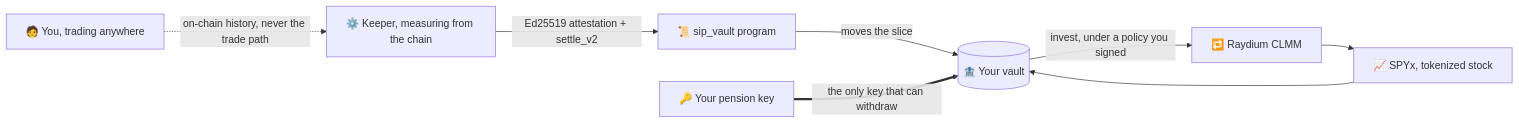
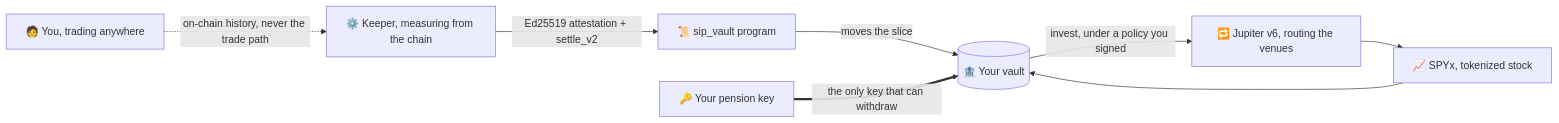
One commit to Myttyyytytyyttt/SIP changed the diagram in README.md. Above: the diagram before and after it, drawn with Mermaid. The commit also changed other lines of this file and 1 other file, not shown here.

````diff
--- a/README.md
+++ b/README.md
@@ -65,18 +66,18 @@
 ```mermaid
 flowchart LR
     T["🧑 You, trading anywhere"]
     K["⚙️ Keeper, measuring from the chain"]
     P["📜 sip_vault program"]
     V[("🏦 Your vault")]
-    R["🔁 Raydium CLMM"]
+    R["🔁 Jupiter v6, routing the venues"]
     S["📈 SPYx, tokenized stock"]
     O["🔑 Your pension key"]
 
     T -. "on-chain history, never the trade path" .-> K
     K -- "Ed25519 attestation + settle_v2" --> P
     P -- "moves the slice" --> V
     V -- "invest, under a policy you signed" --> R
     R --> S
     S --> V
     O == "the only key that can withdraw" ==> V
 ```
````
